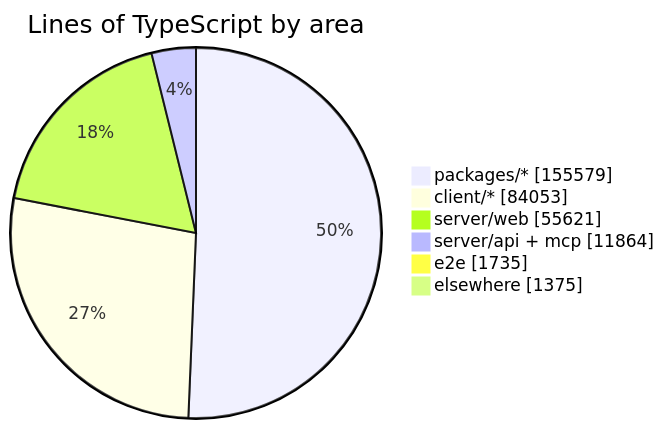
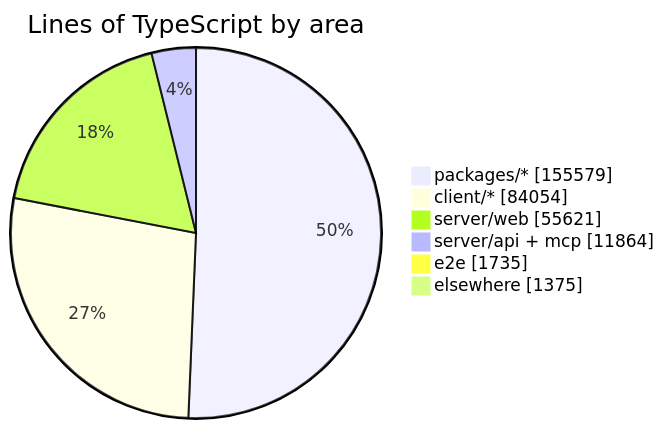
One commit to crossworks-engineering/mantle changed the diagram in README.md. Above: the diagram before and after it, drawn with Mermaid. The commit also changed other lines of this file and 4 other files, not shown here.

````diff
--- a/README.md
+++ b/README.md
@@ -279,9 +279,9 @@
 ```mermaid
 pie showData title Lines of TypeScript by area
     "packages/*" : 155579
-    "client/*" : 84053
+    "client/*" : 84054
     "server/web" : 55621
     "server/api + mcp" : 11864
     "e2e" : 1735
     "elsewhere" : 1375
 ```
````
